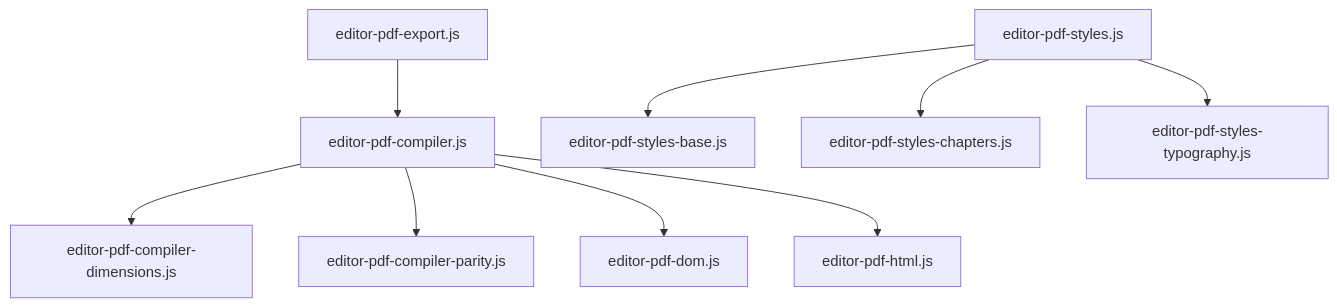
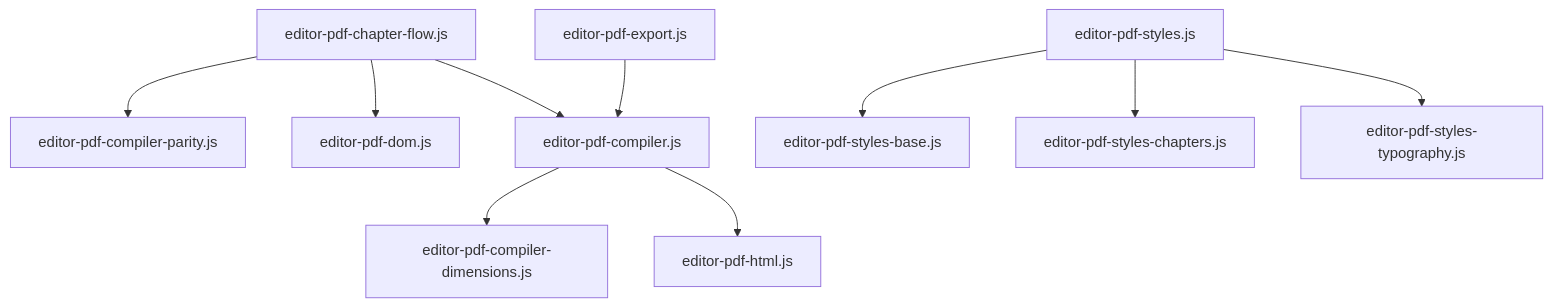
The diagram in assets/js/pdf/README.md (npavezibarra/almaden-bookster), drawn with Mermaid before and after one commit. The commit also changed other lines of this file and 30 other files, not shown here.

````diff
--- a/assets/js/pdf/README.md
+++ b/assets/js/pdf/README.md
@@ -11,13 +11,14 @@
 ```mermaid
 graph TD
-    Compiler[editor-pdf-compiler.js] --> Dimensions[editor-pdf-compiler-dimensions.js]
-    Compiler --> Parity[editor-pdf-compiler-parity.js]
-    Compiler --> DOMFactory[editor-pdf-dom.js]
+    Flow[editor-pdf-chapter-flow.js] --> Parity[editor-pdf-compiler-parity.js]
+    Flow --> DOMFactory[editor-pdf-dom.js]
+    Flow --> Compiler[editor-pdf-compiler.js]
+    Compiler --> Dimensions[editor-pdf-compiler-dimensions.js]
     Compiler --> HTMLProc[editor-pdf-html.js]
     
     Styles[editor-pdf-styles.js] --> StylesBase[editor-pdf-styles-base.js]
     Styles --> StylesChapters[editor-pdf-styles-chapters.js]
     Styles --> StylesTypos[editor-pdf-styles-typography.js]
     
     Export[editor-pdf-export.js] --> Compiler
 ```
````
